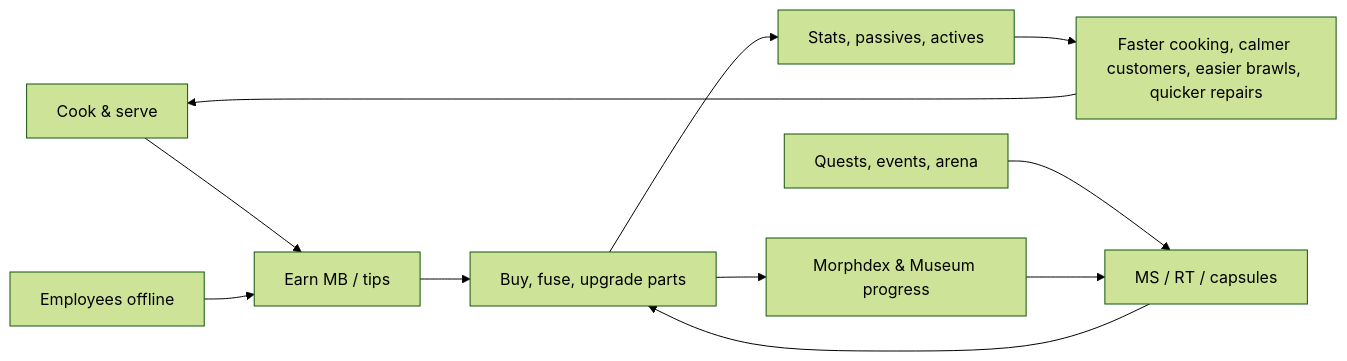
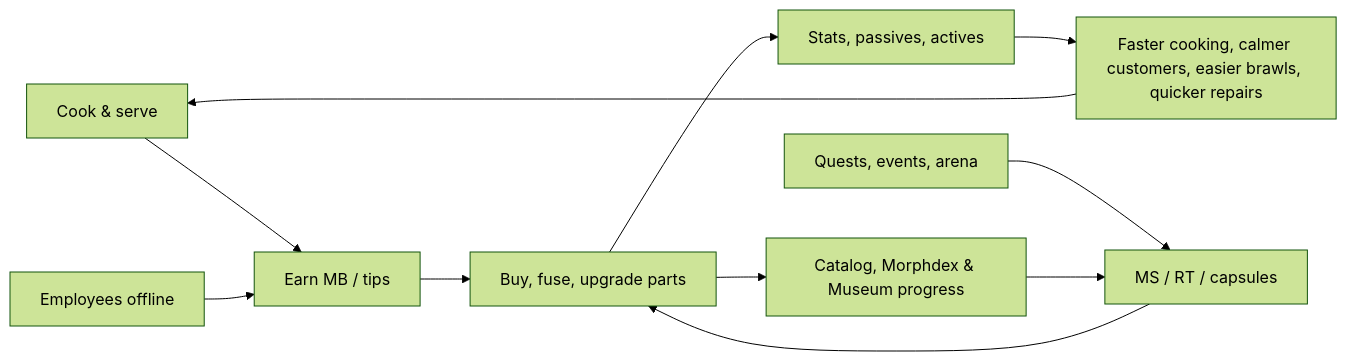
One commit to sol-singula/ra1 changed the diagram in gdd/sections/12_mutation_system.md. Above: the diagram before and after it, drawn with Mermaid (forest theme). The commit also changed other lines of this file and 17 other files, not shown here.

First line of the commit message:
WIP: production (§34–§35, §37–§40) and architecture (§27) complete; canon clarifications

````diff
--- a/gdd/sections/12_mutation_system.md
+++ b/gdd/sections/12_mutation_system.md
@@ -42,14 +42,14 @@
 ```mermaid
 %% diagram: mutation-economy-loop
 flowchart LR
   A["Cook & serve"] --> B["Earn MB / tips"]
   B --> C["Buy, fuse, upgrade parts"]
   Q["Quests, events, arena"] --> D["MS / RT / capsules"]
   D --> C
   C --> E["Stats, passives, actives"]
   E --> F["Faster cooking, calmer customers, easier brawls, quicker repairs"]
   F --> A
-  C --> G["Morphdex & Museum progress"]
+  C --> G["Catalog, Morphdex & Museum progress"]
   G --> D
   H["Employees offline"] --> B
 ```
````
